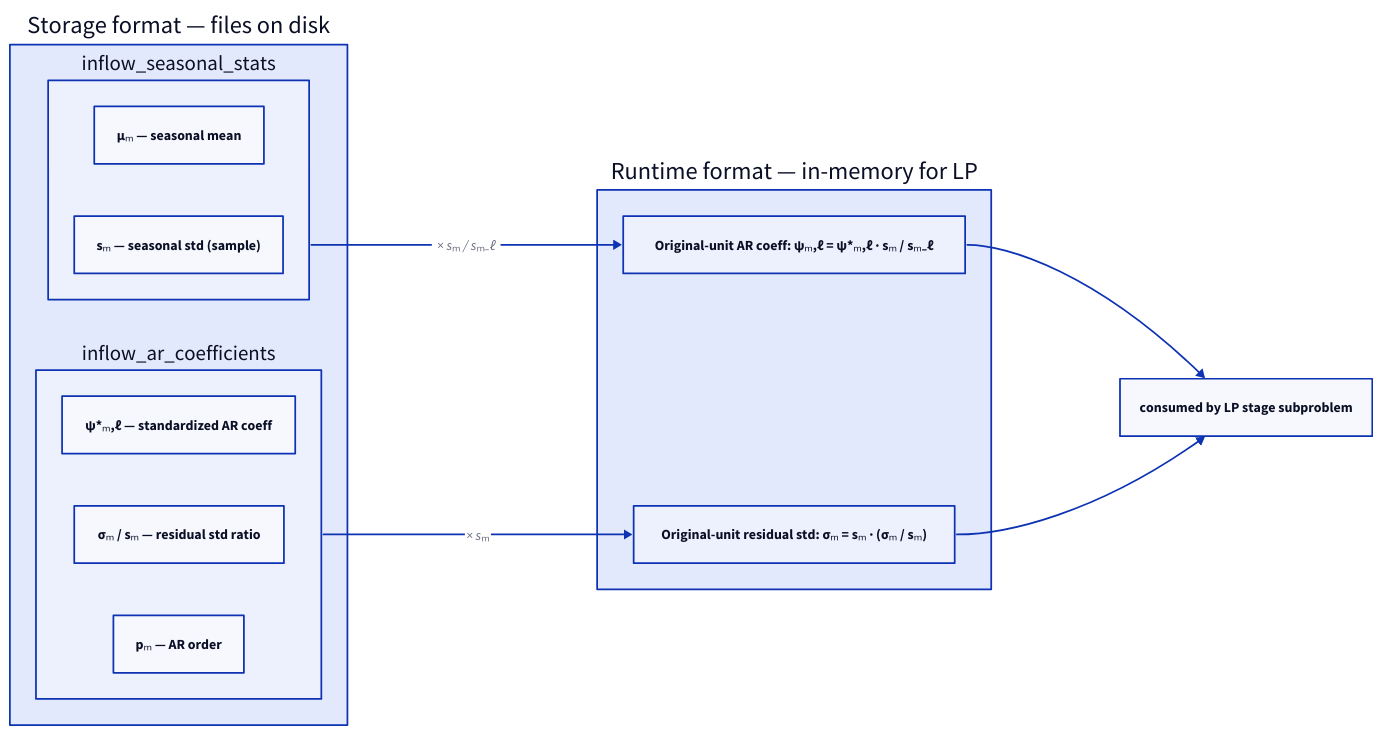
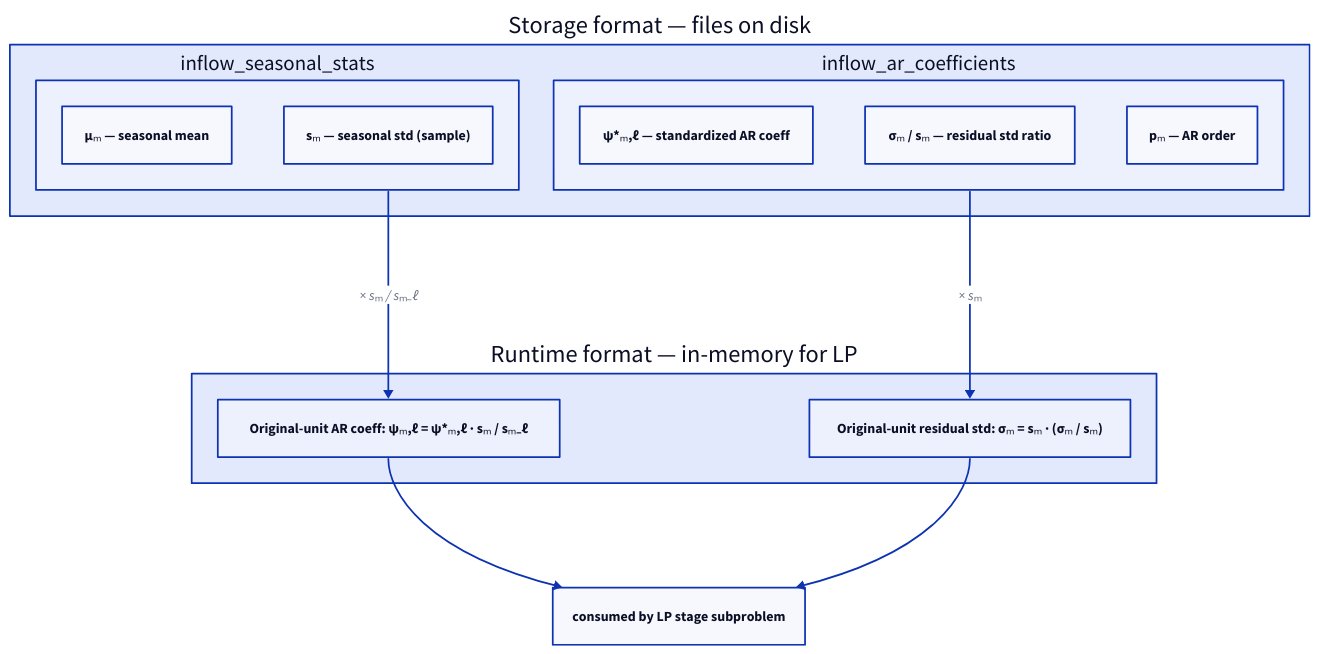
The diagram in src/content/docs/math/par-inflow-model.mdx (cobre-rs/cobre-docs), drawn with D2 before and after one commit. The commit also changed 16 other files, not shown here.

First line of the commit message:
feat(site): brand-unified d2 diagram system, wider layout, mermaid retired

````diff
--- a/src/content/docs/math/par-inflow-model.mdx
+++ b/src/content/docs/math/par-inflow-model.mdx
@@ -52,27 +52,27 @@
 ```d2
-direction: right
+direction: down
 
 storage: "Storage format — files on disk" {
   stats: "inflow_seasonal_stats" {
     f1: "μₘ  —  seasonal mean"
     f2: "sₘ  —  seasonal std (sample)"
   }
   arcoef: "inflow_ar_coefficients" {
     f1: "ψ*ₘ,ℓ  —  standardized AR coeff"
     f2: "σₘ / sₘ  —  residual std ratio"
     f3: "pₘ  —  AR order"
   }
 }
 
 runtime: "Runtime format — in-memory for LP" {
   psi: "Original-unit AR coeff:  ψₘ,ℓ = ψ*ₘ,ℓ · sₘ / sₘ₋ℓ"
   sigma: "Original-unit residual std:  σₘ = sₘ · (σₘ / sₘ)"
 }
 
 lp: "consumed by LP stage subproblem"
 
 storage.stats -> runtime.psi: "× sₘ / sₘ₋ℓ"
 storage.arcoef -> runtime.sigma: "× sₘ"
 runtime.psi -> lp
 runtime.sigma -> lp
 ```
````
